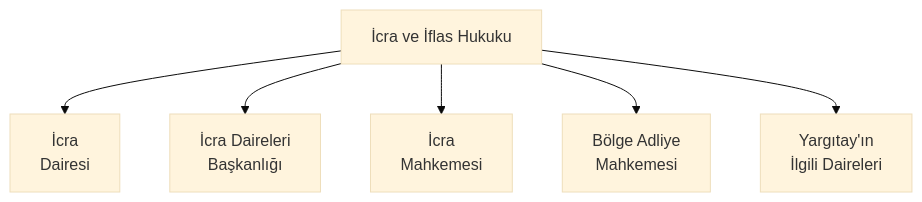
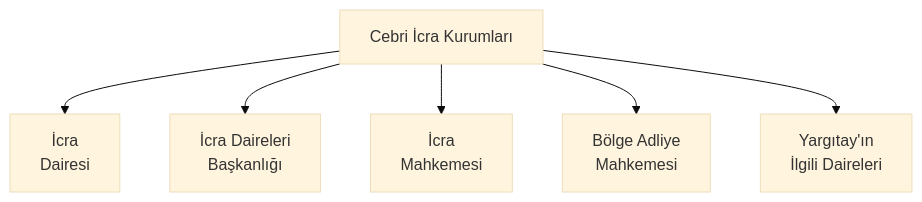
The diagram in icra-hukuku.md (zinzinzibidi/icra-iflas-ve-konkordato-hukuku), drawn with Mermaid (base theme) before and after one commit.

````diff
--- a/icra-hukuku.md
+++ b/icra-hukuku.md
@@ -46,14 +46,14 @@
 ```mermaid
 flowchart TD
-    A[İcra ve İflas Hukuku]
+    A[Cebri İcra Kurumları]
     A --> B[İcra
     Dairesi]
     A --> C[İcra Daireleri
     Başkanlığı]
     A --> D[İcra
     Mahkemesi]
     A --> E[Bölge Adliye
     Mahkemesi]
     A --> F[Yargıtay'ın
     İlgili Daireleri]
 ```
````
